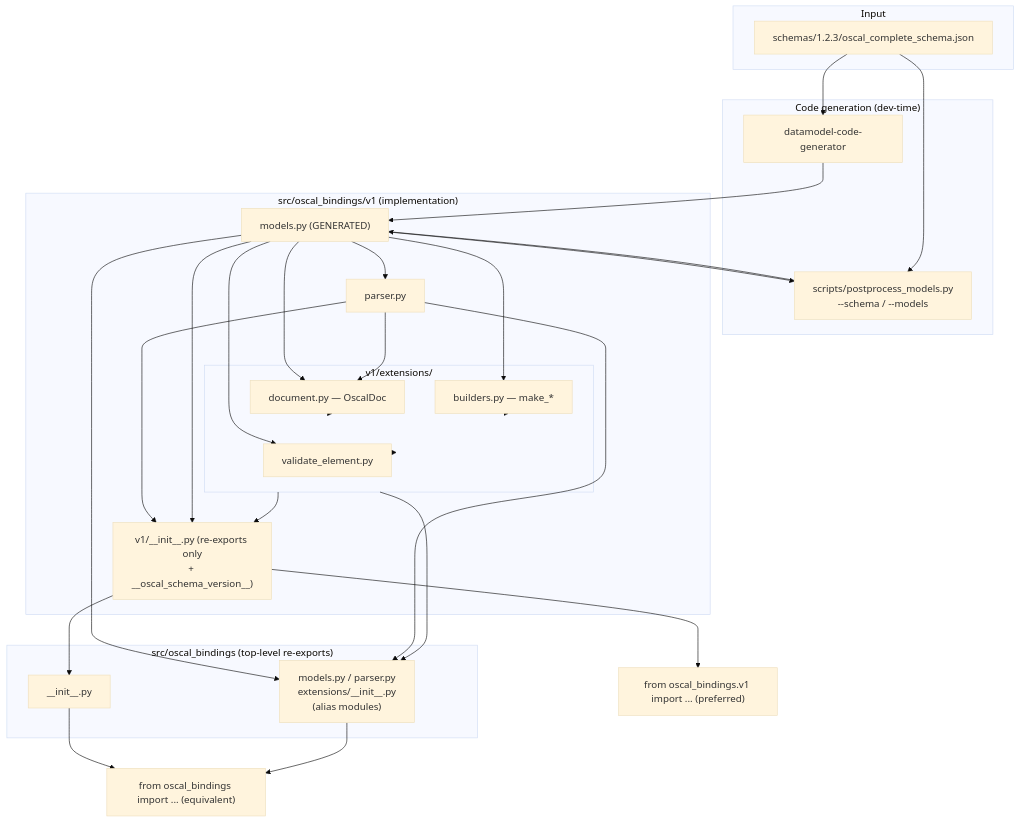
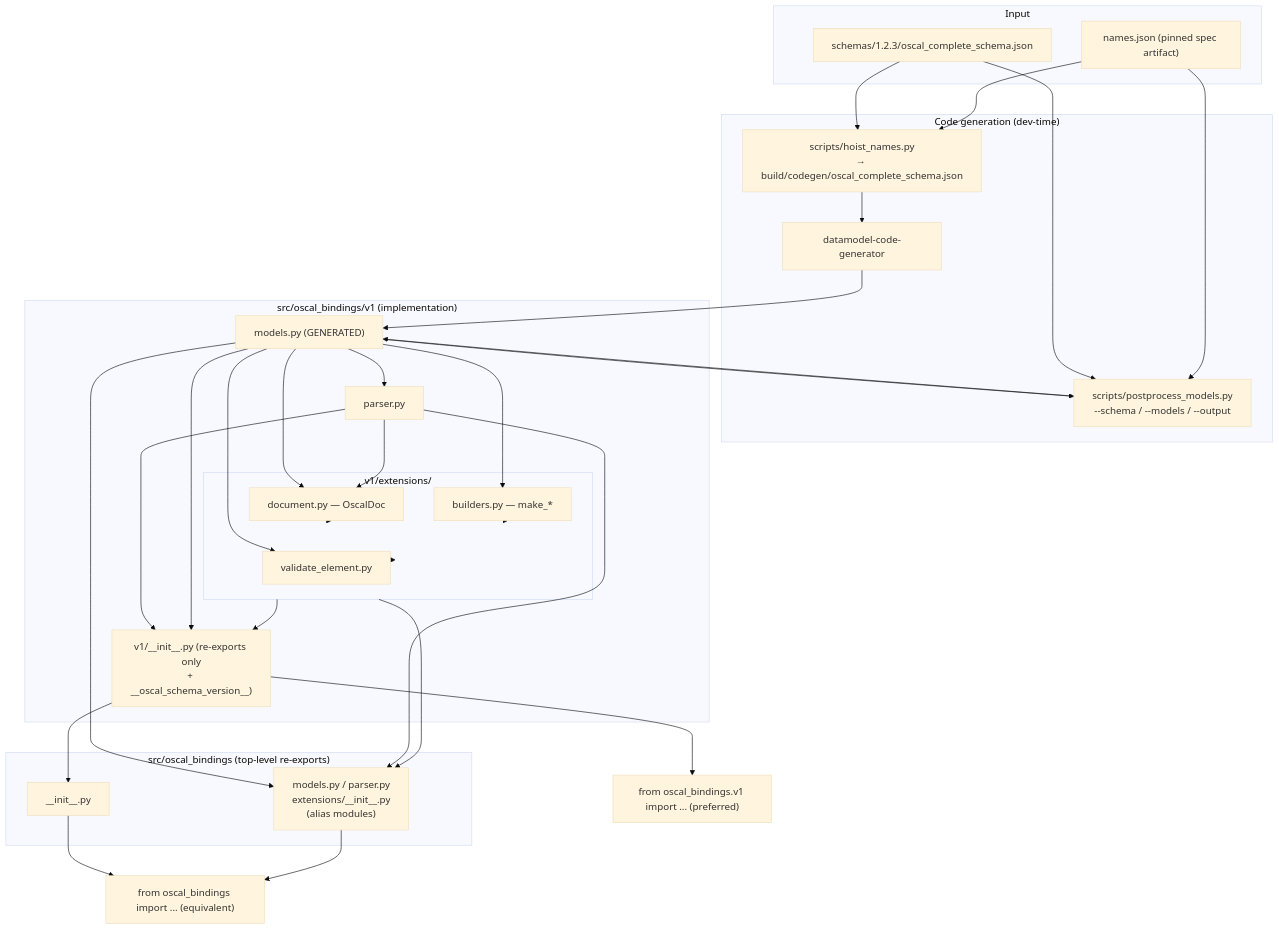
Before and after one commit to cairn-proofs/oscal-bindings-python: the diagram in .agents/summary/codebase_info.md, drawn with Mermaid (base theme). The commit also changed other lines of this file and 51 other files, not shown here.

First line of the commit message:
Generate the models from names.json of the spec artifact (#22)

````diff
--- a/.agents/summary/codebase_info.md
+++ b/.agents/summary/codebase_info.md
@@ -82,47 +88,51 @@
 ```mermaid
 graph TD
     subgraph Input
         SCHEMA["schemas/1.2.3/oscal_complete_schema.json"]
+        NAMES["names.json (pinned spec artifact)"]
     end
     subgraph Codegen["Code generation (dev-time)"]
+        HOIST["scripts/hoist_names.py<br/>→ build/codegen/oscal_complete_schema.json"]
         DCG["datamodel-code-generator"]
-        PP["scripts/postprocess_models.py<br/>--schema / --models"]
+        PP["scripts/postprocess_models.py<br/>--schema / --models / --output"]
     end
     subgraph V1["src/oscal_bindings/v1 (implementation)"]
         MODELS["models.py (GENERATED)"]
         PARSER["parser.py"]
         INIT["v1/__init__.py (re-exports only<br/>+ __oscal_schema_version__)"]
         subgraph Ext["v1/extensions/"]
             DOC["document.py — OscalDoc"]
             BLD["builders.py — make_*"]
             VAL["validate_element.py"]
         end
     end
     subgraph Shim["src/oscal_bindings (top-level re-exports)"]
         TOP["__init__.py"]
         ALIAS["models.py / parser.py<br/>extensions/__init__.py<br/>(alias modules)"]
     end
     NEW["from oscal_bindings.v1 import ... (preferred)"]
     OLD["from oscal_bindings import ... (equivalent)"]
 
-    SCHEMA --> DCG --> MODELS
+    SCHEMA --> HOIST
+    NAMES --> HOIST --> DCG --> MODELS
     SCHEMA --> PP
+    NAMES --> PP
     MODELS --> PP --> MODELS
     MODELS --> PARSER
     MODELS --> DOC
     MODELS --> BLD
     MODELS --> VAL
     PARSER --> DOC
     PARSER --> INIT
     DOC --> Ext
     BLD --> Ext
     VAL --> Ext
     Ext --> INIT
     MODELS --> INIT
     INIT --> NEW
     INIT --> TOP --> OLD
     MODELS --> ALIAS
     PARSER --> ALIAS
     Ext --> ALIAS
     ALIAS --> OLD
 ```
````
